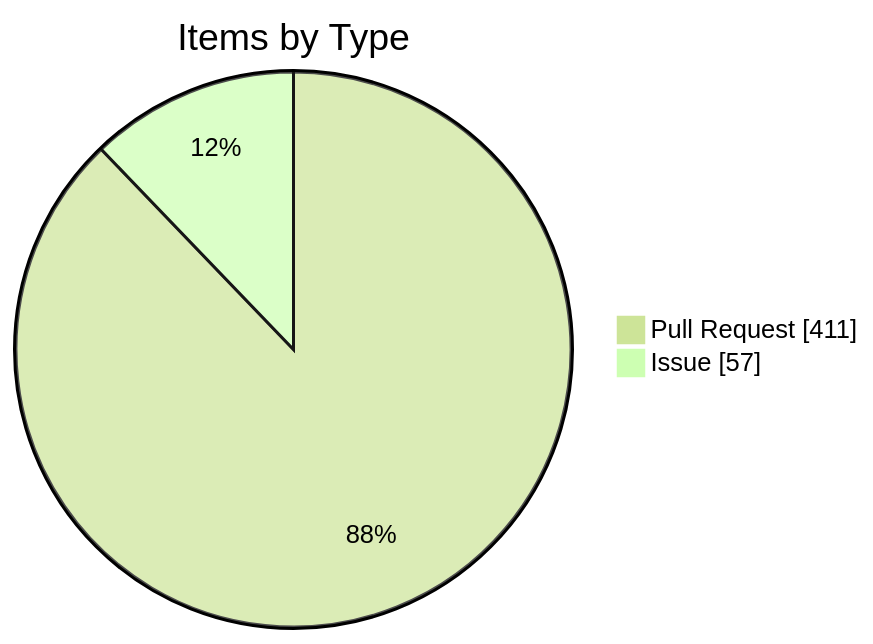
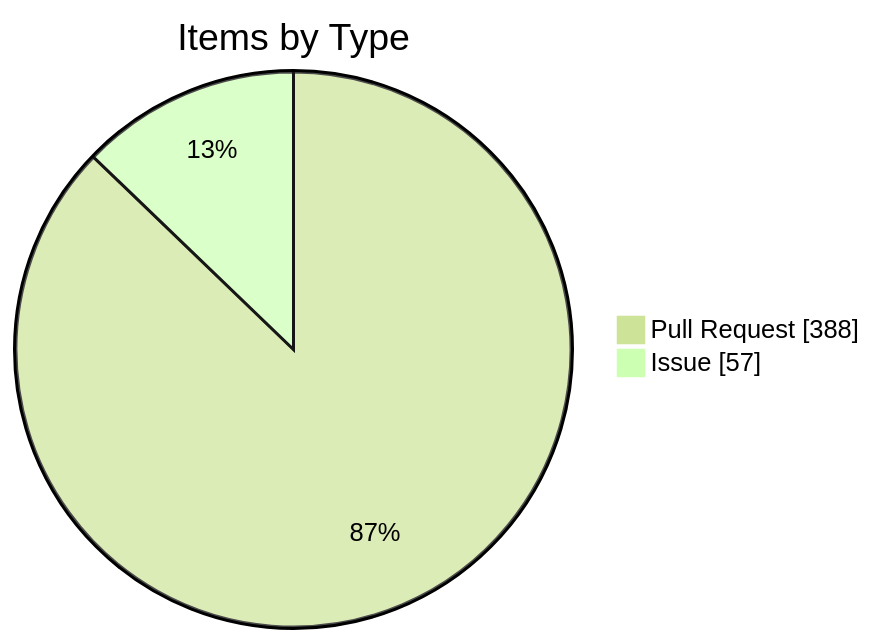
The fourth of 4 diagrams in apps/kbve/astro-kbve/src/content/docs/dashboard/kanban-data.mdx (KBVE/kbve), drawn with Mermaid (forest theme) before and after one commit. The commit also changed other lines of this file and 7 other files, not shown here.

````diff
--- a/apps/kbve/astro-kbve/src/content/docs/dashboard/kanban-data.mdx
+++ b/apps/kbve/astro-kbve/src/content/docs/dashboard/kanban-data.mdx
@@ -116,6 +115,6 @@
 ```mermaid
 pie showData
     title Items by Type
-    "Pull Request" : 411
+    "Pull Request" : 388
     "Issue" : 57
 ```
````
